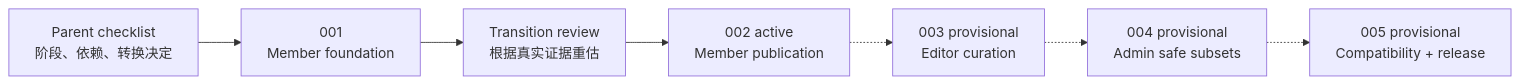
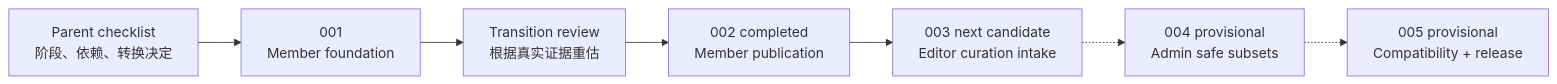
Before and after one commit to lonelyreader/chinaknowledge: the diagram in docs/roadmap/agent-workspace-program.md, drawn with Mermaid. The commit also changed other lines of this file and 10 other files, not shown here.

Commit message:
docs(agent): close member publication preview

````diff
--- a/docs/roadmap/agent-workspace-program.md
+++ b/docs/roadmap/agent-workspace-program.md
@@ -21,9 +21,9 @@
 ```mermaid
 flowchart LR
     P["Parent checklist<br/>阶段、依赖、转换决定"] --> A1["001<br/>Member foundation"]
     A1 --> R["Transition review<br/>根据真实证据重估"]
-    R --> A2["002 active<br/>Member publication"]
-    A2 -.-> A3["003 provisional<br/>Editor curation"]
+    R --> A2["002 completed<br/>Member publication"]
+    A2 --> A3["003 next candidate<br/>Editor curation intake"]
     A3 -.-> A4["004 provisional<br/>Admin safe subsets"]
     A4 -.-> A5["005 provisional<br/>Compatibility + release"]
 ```
````
